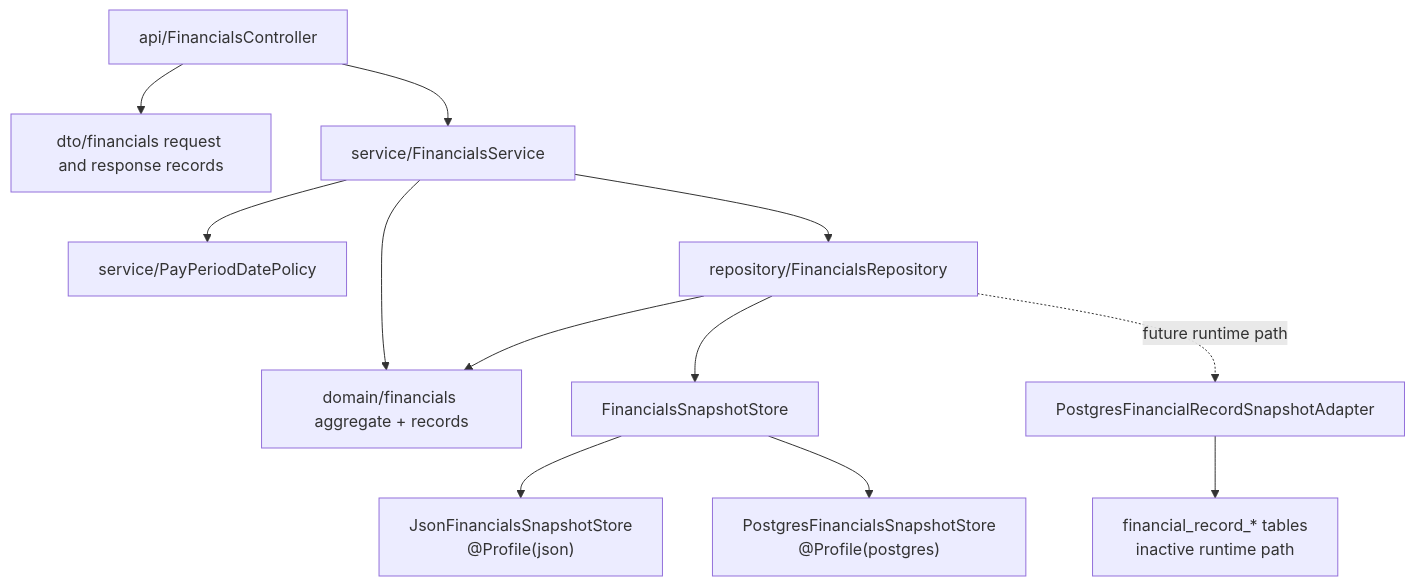
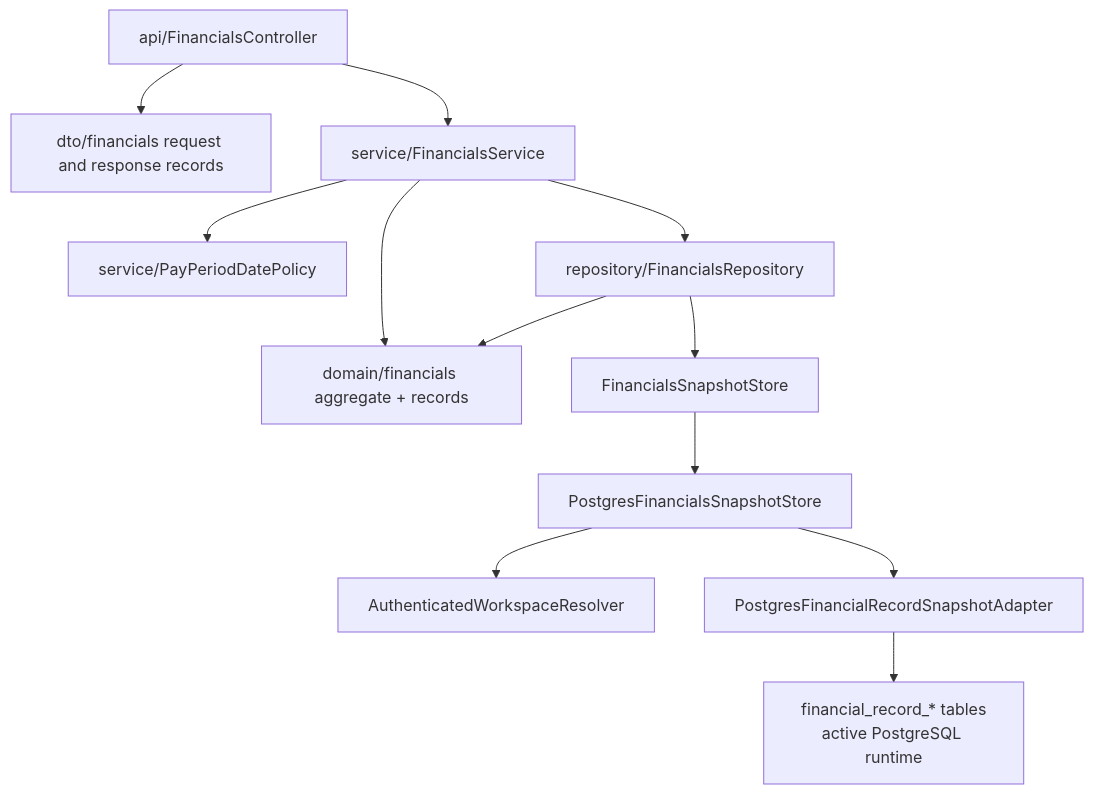
The second of 4 diagrams in docs/architecture-map.md (everdein/pay-period-planner), drawn with Mermaid before and after one commit. The commit also changed other lines of this file and 132 other files, not shown here.

First line of the commit message:
Complete PostgreSQL workspace runtime (#32)

````diff
--- a/docs/architecture-map.md
+++ b/docs/architecture-map.md
@@ -82,14 +85,14 @@
 ```mermaid
 flowchart TD
     Controller["api/FinancialsController"] --> DTO["dto/financials request and response records"]
     Controller --> Service["service/FinancialsService"]
     Service --> DatePolicy["service/PayPeriodDatePolicy"]
     Service --> Domain["domain/financials aggregate + records"]
     Service --> Repository["repository/FinancialsRepository"]
     Repository --> Domain
     Repository --> Interface["FinancialsSnapshotStore"]
-    Repository -. "future runtime path" .-> RecordAdapter["PostgresFinancialRecordSnapshotAdapter"]
-    Interface --> JsonStore["JsonFinancialsSnapshotStore<br/>@Profile(json)"]
-    Interface --> PostgresStore["PostgresFinancialsSnapshotStore<br/>@Profile(postgres)"]
-    RecordAdapter --> RecordTables["financial_record_* tables<br/>inactive runtime path"]
+    Interface --> PostgresStore["PostgresFinancialsSnapshotStore"]
+    PostgresStore --> WorkspaceResolver["AuthenticatedWorkspaceResolver"]
+    PostgresStore --> RecordAdapter["PostgresFinancialRecordSnapshotAdapter"]
+    RecordAdapter --> RecordTables["financial_record_* tables<br/>active PostgreSQL runtime"]
 ```
````
